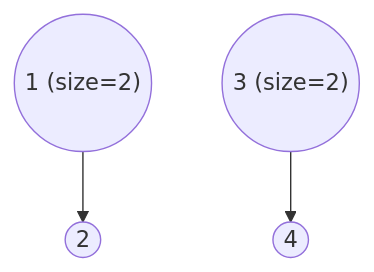
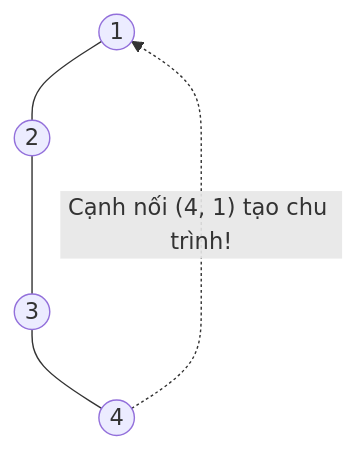
Before and after one commit to FPTOJ-OJ/fptoj_wiki: the third of 4 diagrams in docs/lessons/dsu.md, drawn with Mermaid. The commit also changed other lines of this file and 18 other files, not shown here.

First line of the commit message:
fix: LaTeX errors, mermaid theme switching, remove custom colors

````diff
--- a/docs/lessons/dsu.md
+++ b/docs/lessons/dsu.md
@@ -440,9 +493,12 @@
 ```mermaid
 graph TD
-    1(("1 (size=2)"))
-    3(("3 (size=2)"))
-    2(("2"))
-    4(("4"))
-    1 --> 2
-    3 --> 4
+    n1(("1"))
+    n2(("2"))
+    n3(("3"))
+    n4(("4"))
+    
+    n1 --- n2
+    n2 --- n3
+    n3 --- n4
+    n4 -.->|"Cạnh nối (4, 1) tạo chu trình!"| n1
 ```
````
